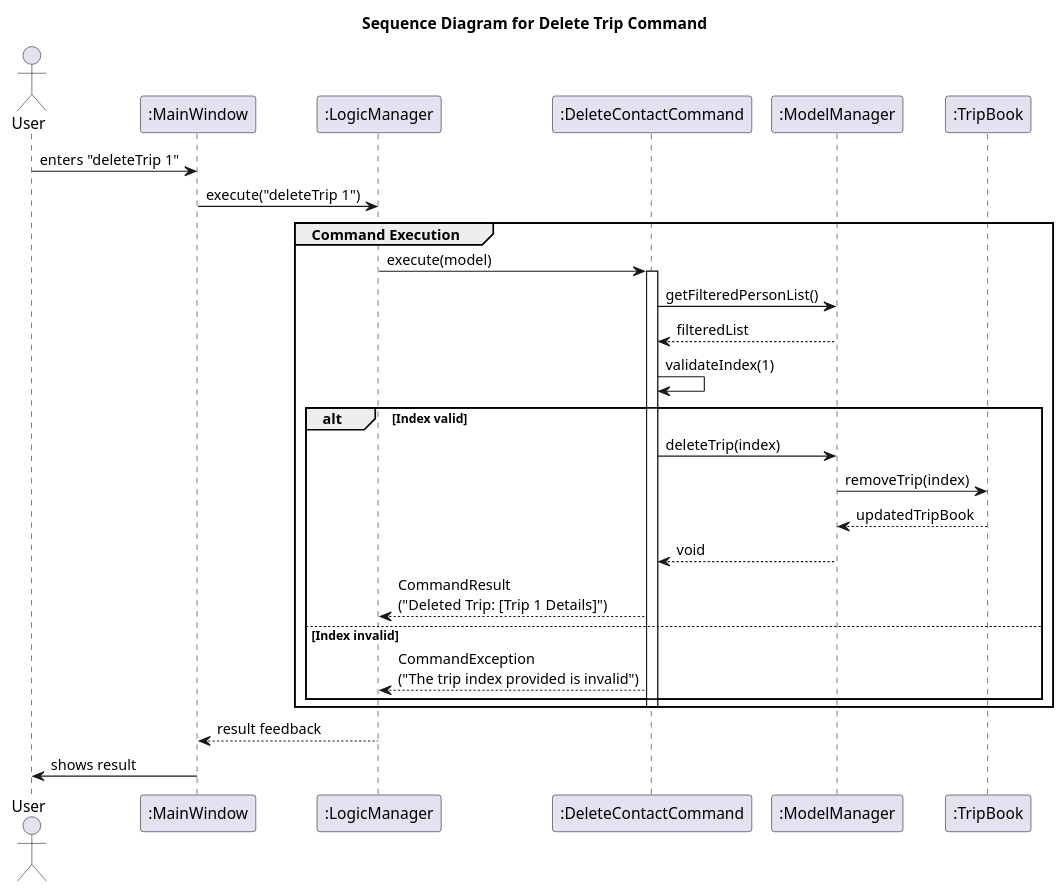
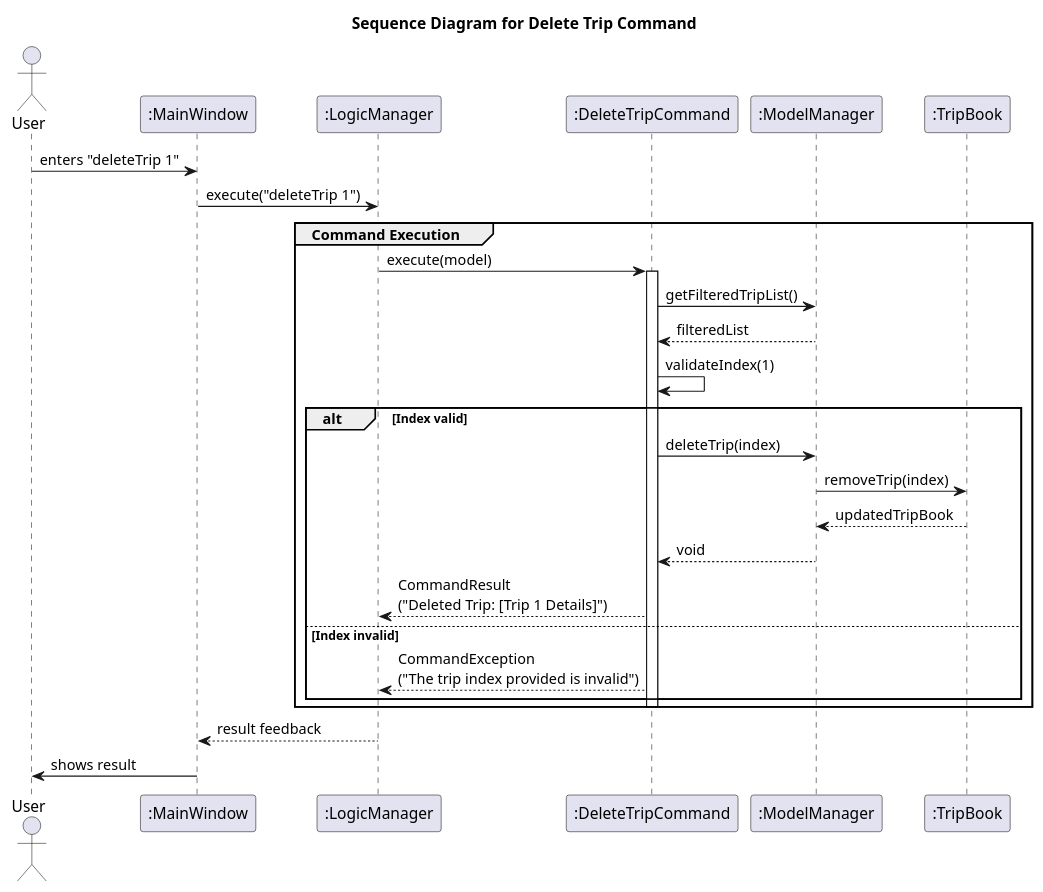
The diagram in docs/diagrams/DeleteTripSequenceDiagram.puml (kararei/tp), drawn with PlantUML before and after one commit.

Commit message:
Rename DeleteCommand

```diff
--- a/docs/diagrams/DeleteTripSequenceDiagram.puml
+++ b/docs/diagrams/DeleteTripSequenceDiagram.puml
@@ -1,39 +1,39 @@
 @startuml DeleteTripSequenceDiagram
 
 title Sequence Diagram for Delete Trip Command
 
 actor User
 participant ":MainWindow" as MainWindow
 participant ":LogicManager" as LogicManager
-participant ":DeleteContactCommand" as DeleteCommand
+participant ":DeleteTripCommand" as DeleteCommand
 participant ":ModelManager" as ModelManager
 participant ":TripBook" as TripBook
 
 User -> MainWindow : enters "deleteTrip 1"
 MainWindow -> LogicManager : execute("deleteTrip 1")
 
 group Command Execution
     LogicManager -> DeleteCommand : execute(model)
     activate DeleteCommand
 
-    DeleteCommand -> ModelManager : getFilteredPersonList()
+    DeleteCommand -> ModelManager : getFilteredTripList()
     ModelManager --> DeleteCommand : filteredList
     DeleteCommand -> DeleteCommand : validateIndex(1)
 
     alt Index valid
         DeleteCommand -> ModelManager : deleteTrip(index)
         ModelManager -> TripBook : removeTrip(index)
         TripBook --> ModelManager : updatedTripBook
         ModelManager --> DeleteCommand : void
         DeleteCommand --> LogicManager : CommandResult\n("Deleted Trip: [Trip 1 Details]")
     else Index invalid
         DeleteCommand --> LogicManager : CommandException\n("The trip index provided is invalid")
     end
 
     deactivate DeleteCommand
 end
 
 LogicManager --> MainWindow : result feedback
 MainWindow -> User : shows result
 
 @enduml
```
